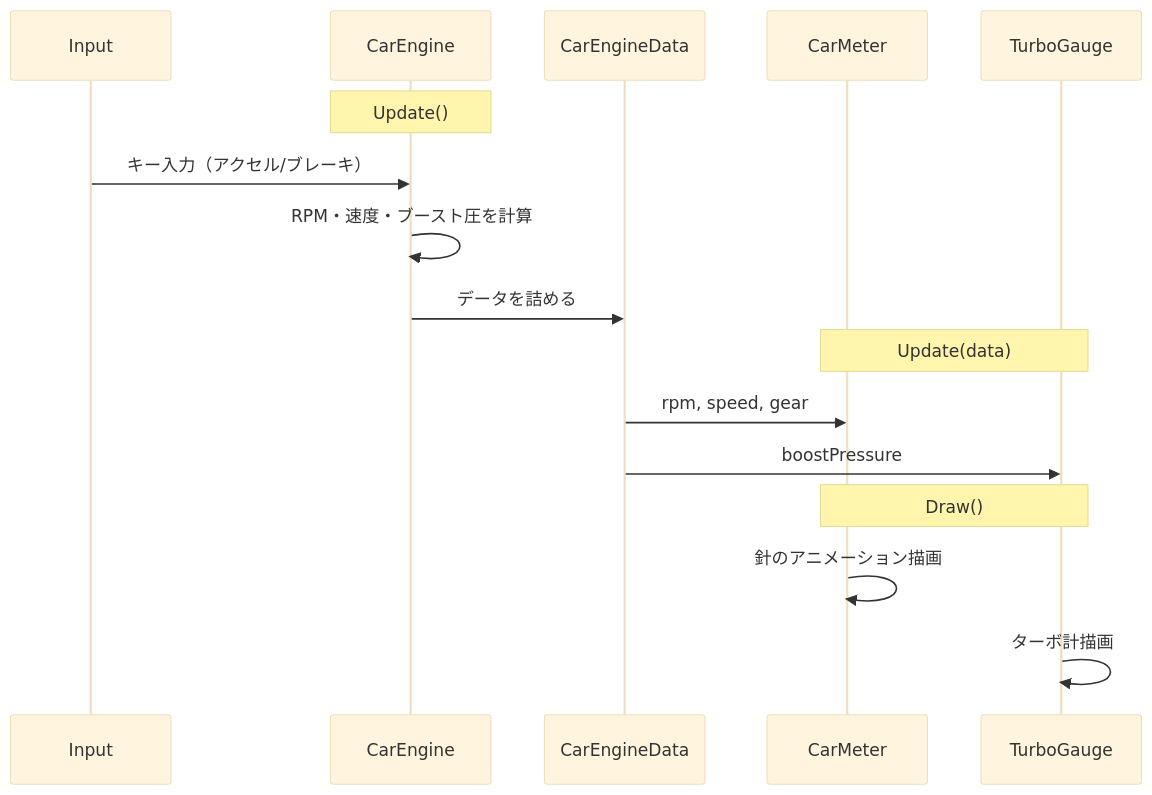
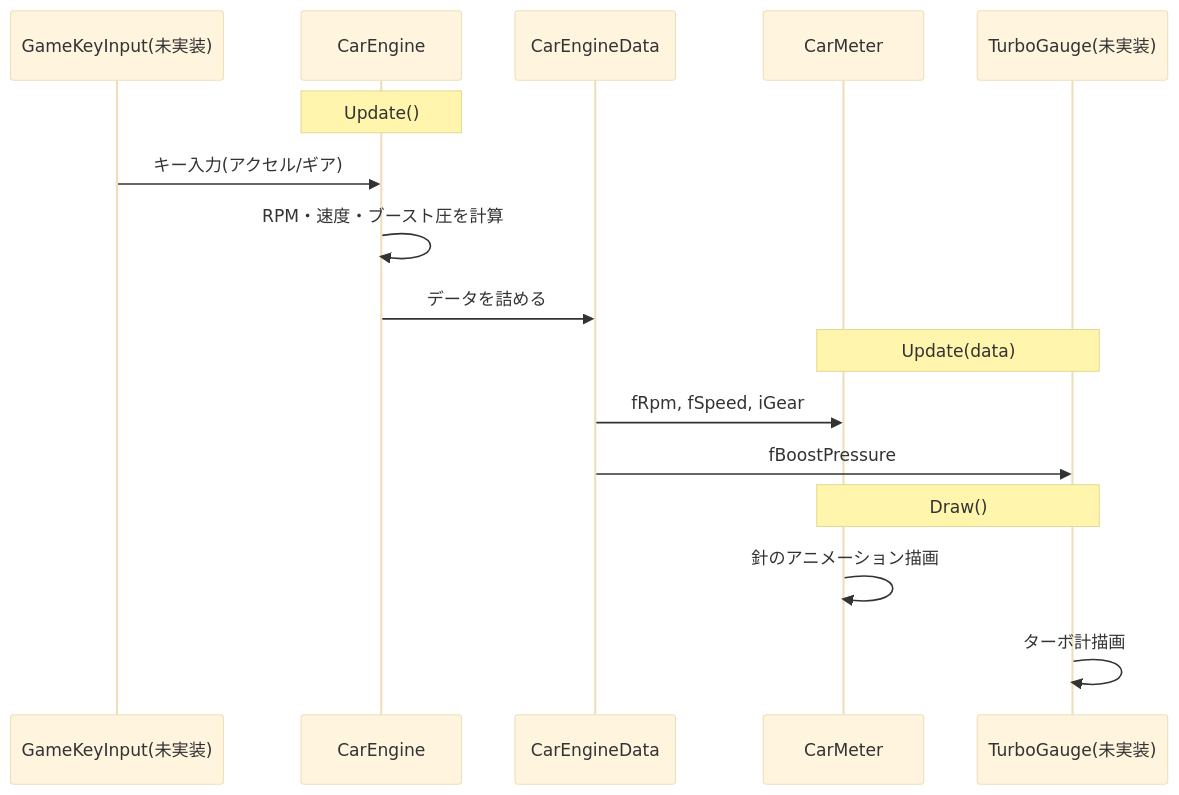
One commit to asukamekaru98/DragRaceGame2D changed the third of 3 diagrams in spec/uml/diagrams/sequence.md. Above: the diagram before and after it, drawn with Mermaid (base theme). The commit also changed other lines of this file and 6 other files, not shown here.

````diff
--- a/spec/uml/diagrams/sequence.md
+++ b/spec/uml/diagrams/sequence.md
@@ -1,21 +63,21 @@
 ```mermaid
 sequenceDiagram
-    participant Input
+    participant Input as GameKeyInput(未実装)
     participant CarEngine
     participant CarEngineData
     participant CarMeter
-    participant TurboGauge
+    participant TurboGauge as TurboGauge(未実装)
 
     Note over CarEngine: Update()
-    Input->>CarEngine: キー入力（アクセル/ブレーキ）
+    Input->>CarEngine: キー入力(アクセル/ギア)
     CarEngine->>CarEngine: RPM・速度・ブースト圧を計算
     CarEngine->>CarEngineData: データを詰める
 
     Note over CarMeter,TurboGauge: Update(data)
-    CarEngineData->>CarMeter: rpm, speed, gear
-    CarEngineData->>TurboGauge: boostPressure
+    CarEngineData->>CarMeter: fRpm, fSpeed, iGear
+    CarEngineData->>TurboGauge: fBoostPressure
 
     Note over CarMeter,TurboGauge: Draw()
     CarMeter->>CarMeter: 針のアニメーション描画
     TurboGauge->>TurboGauge: ターボ計描画
 ```
````
